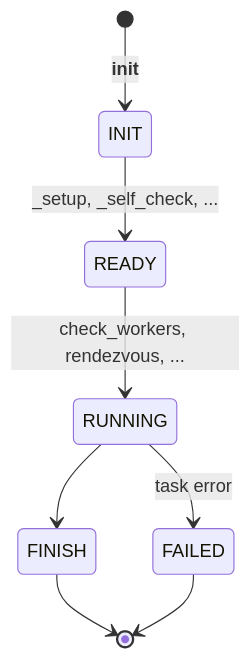
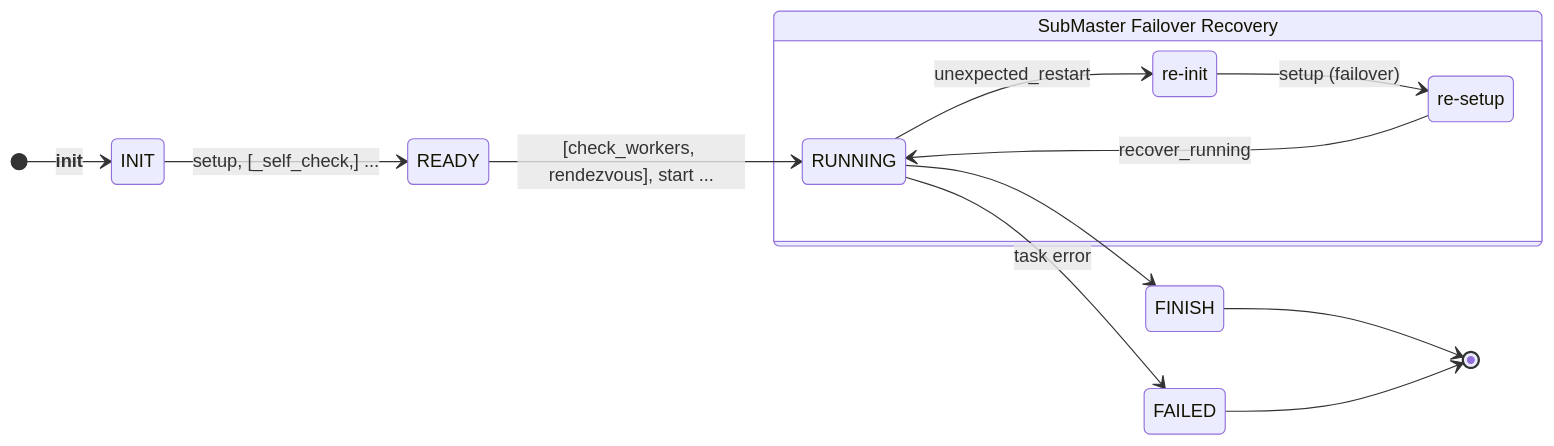
The second of 5 diagrams in docs/design/unified-architecture.md (intelligent-machine-learning/dlrover), drawn with Mermaid before and after one commit. The commit also changed other lines of this file and 26 other files, not shown here.

````diff
--- a/docs/design/unified-architecture.md
+++ b/docs/design/unified-architecture.md
@@ -173,10 +173,21 @@
 ```mermaid
 stateDiagram-v2
+    direction LR
+
     [*] --> INIT: __init__
-    INIT --> READY: _setup, _self_check, ...
-    READY --> RUNNING: check_workers, rendezvous, ...
-    RUNNING --> FINISH: 
+    INIT --> READY: setup, [_self_check,] ...
+    READY --> RUNNING: [check_workers, rendezvous], start ...
+    RUNNING --> FINISH
     RUNNING --> FAILED: task error
-FINISH --> [*]
-FAILED --> [*]
+    FINISH --> [*]
+    FAILED --> [*]
+
+    state "SubMaster Failover Recovery" as FAILOVER {
+        INIT_F: re-init
+        READY_F: re-setup
+
+        RUNNING --> INIT_F: unexpected_restart
+        INIT_F --> READY_F: setup (failover)
+        READY_F --> RUNNING: recover_running
+    }
 ```
````
